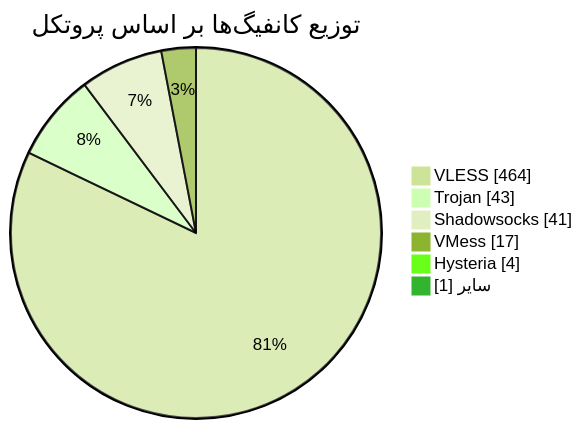
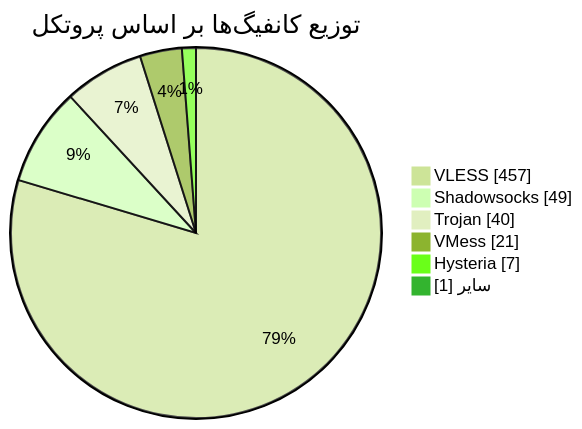
Before and after one commit to Arian-Alijani/Somthing: the diagram in README.md, drawn with Mermaid (forest theme). The commit also changed other lines of this file and 71 other files, not shown here.

````diff
--- a/README.md
+++ b/README.md
@@ -48,10 +48,10 @@
 ```mermaid
 pie showData
     title توزیع کانفیگ‌ها بر اساس پروتکل
-    "VLESS" : 464
-    "Trojan" : 43
-    "Shadowsocks" : 41
-    "VMess" : 17
-    "Hysteria" : 4
+    "VLESS" : 457
+    "Shadowsocks" : 49
+    "Trojan" : 40
+    "VMess" : 21
+    "Hysteria" : 7
     "سایر" : 1
 ```
````
